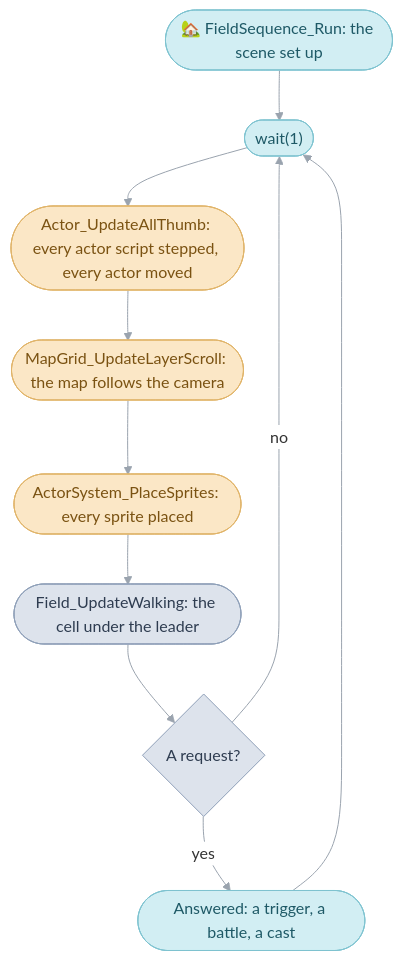
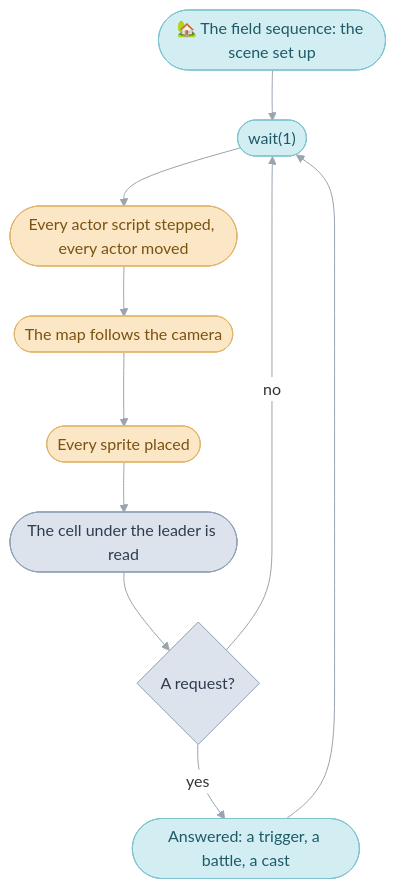
Before and after one commit to PascalPixel/alchemy: the first of 2 diagrams in games/tbs/src/field/README.md, drawn with Mermaid. The commit also changed other lines of this file and 21 other files, not shown here.

````diff
--- a/games/tbs/src/field/README.md
+++ b/games/tbs/src/field/README.md
@@ -55,19 +36,19 @@
 ```mermaid
 %%{init: {"theme": "base", "themeVariables": {"lineColor": "#9AA3AE", "edgeLabelBackground": "#FFFFFF"}, "flowchart": {"curve": "basis", "padding": 12}}}%%
 flowchart TD
-  run(["🏡 FieldSequence_Run: the scene set up"]) --> loop(["wait(1)"])
-  loop --> actors(["Actor_UpdateAllThumb: every actor script stepped, every actor moved"])
-  actors --> scroll(["MapGrid_UpdateLayerScroll: the map follows the camera"])
-  scroll --> place(["ActorSystem_PlaceSprites: every sprite placed"])
-  place --> walking(["Field_UpdateWalking: the cell under the leader"])
+  run(["🏡 The field sequence: the scene set up"]) --> loop(["wait(1)"])
+  loop --> actors(["Every actor script stepped, every actor moved"])
+  actors --> scroll(["The map follows the camera"])
+  scroll --> place(["Every sprite placed"])
+  place --> walking(["The cell under the leader is read"])
   walking --> any{"A request?"}
   any -- no --> loop
   any -- yes --> answer(["Answered: a trigger, a battle, a cast"])
   answer --> loop
   classDef sequence fill:#D2EEF3,stroke:#7FC3D0,color:#1E5966
   classDef frame fill:#FBE7C6,stroke:#E0B46A,color:#7A5212
   classDef code fill:#DDE3EC,stroke:#8FA0B8,color:#2E3C50
   class run,loop,answer sequence
   class actors,scroll,place frame
   class walking,any code
 ```
````
